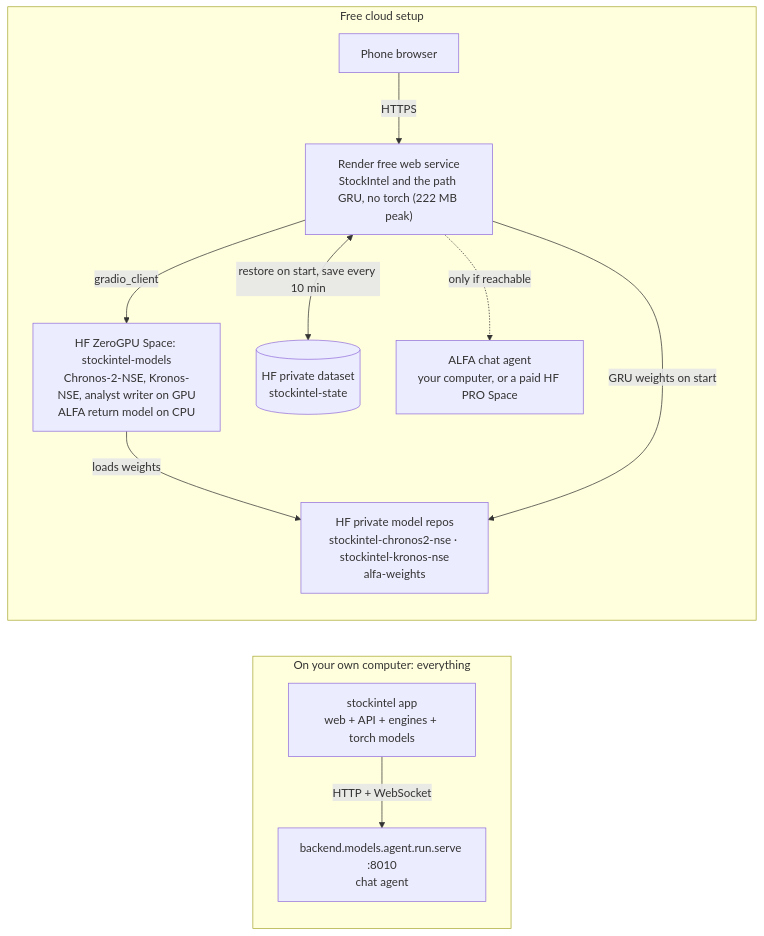
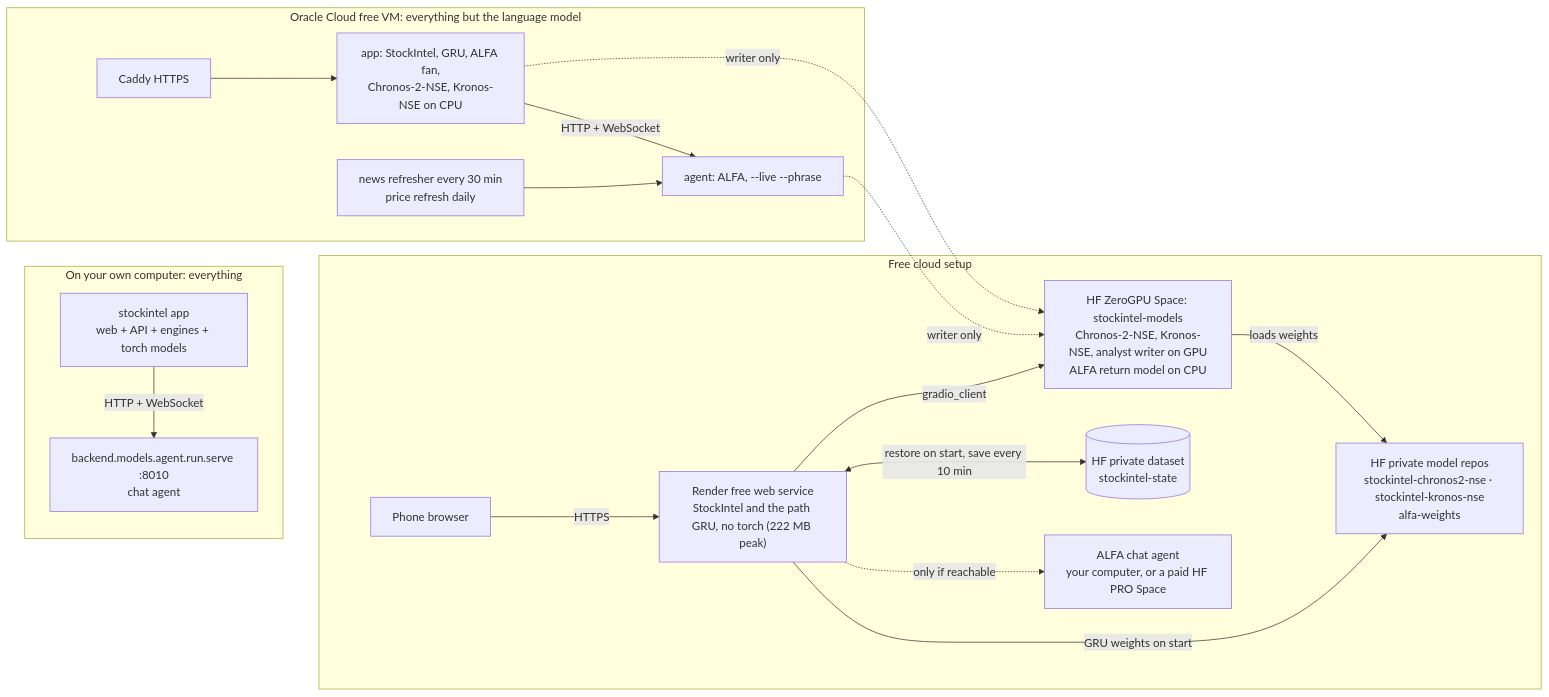
The first of 4 diagrams in docs/ARCHITECTURE.md (Kapurrrishabh/ALFA-Adaptive-Learning-Framework-for-Agents), drawn with Mermaid before and after one commit. The commit also changed 32 other files, not shown here.

First line of the commit message:
Give the self-learning agent recent news and plain-English answers, and run all of it on an Oracle free VM

````diff
--- a/docs/ARCHITECTURE.md
+++ b/docs/ARCHITECTURE.md
@@ -18,16 +18,23 @@
 ```mermaid
 flowchart LR
   subgraph L["On your own computer: everything"]
     L1["stockintel app<br/>web + API + engines + torch models"]
     L2["backend.models.agent.run.serve :8010<br/>chat agent"]
     L1 -- "HTTP + WebSocket" --> L2
   end
+  subgraph O["Oracle Cloud free VM: everything but the language model"]
+    O1["Caddy HTTPS"] --> O2["app: StockIntel, GRU, ALFA fan,<br/>Chronos-2-NSE, Kronos-NSE on CPU"]
+    O2 -- "HTTP + WebSocket" --> O3["agent: ALFA, --live --phrase"]
+    O4["news refresher every 30 min<br/>price refresh daily"] --> O3
+  end
+  O2 -. "writer only" .-> SP
+  O3 -. "writer only" .-> SP
   subgraph R["Free cloud setup"]
     PH["Phone browser"] -- HTTPS --> RD["Render free web service<br/>StockIntel and the path GRU, no torch (222 MB peak)"]
     RD -- "gradio_client" --> SP["HF ZeroGPU Space: stockintel-models<br/>Chronos-2-NSE, Kronos-NSE, analyst writer on GPU<br/>ALFA return model on CPU"]
     SP -- "loads weights" --> MR["HF private model repos<br/>stockintel-chronos2-nse · stockintel-kronos-nse<br/>alfa-weights"]
     RD -- "GRU weights on start" --> MR
     RD <-- "restore on start, save every 10 min" --> DS[("HF private dataset<br/>stockintel-state")]
     RD -. "only if reachable" .-> AG["ALFA chat agent<br/>your computer, or a paid HF PRO Space"]
   end
 ```
````
